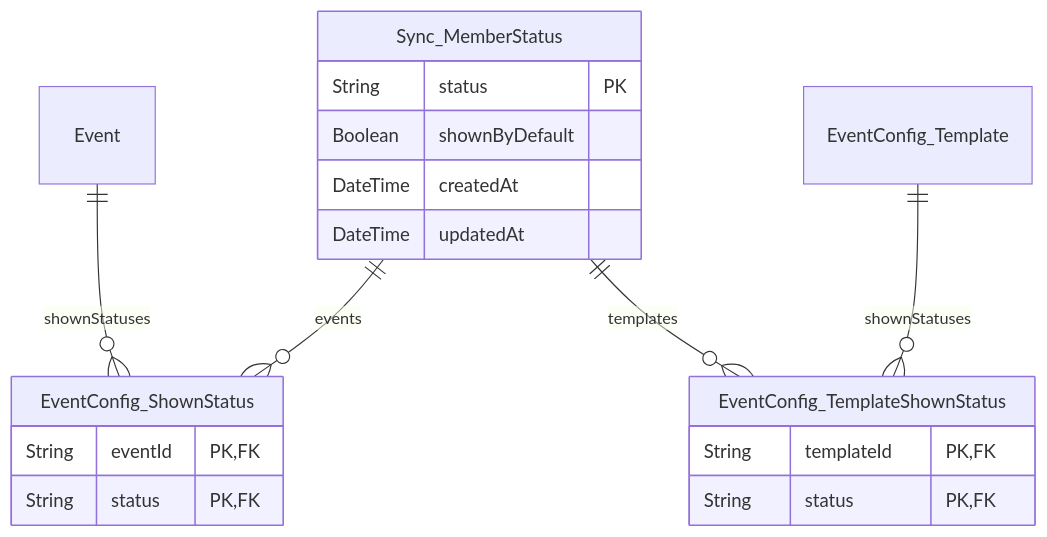
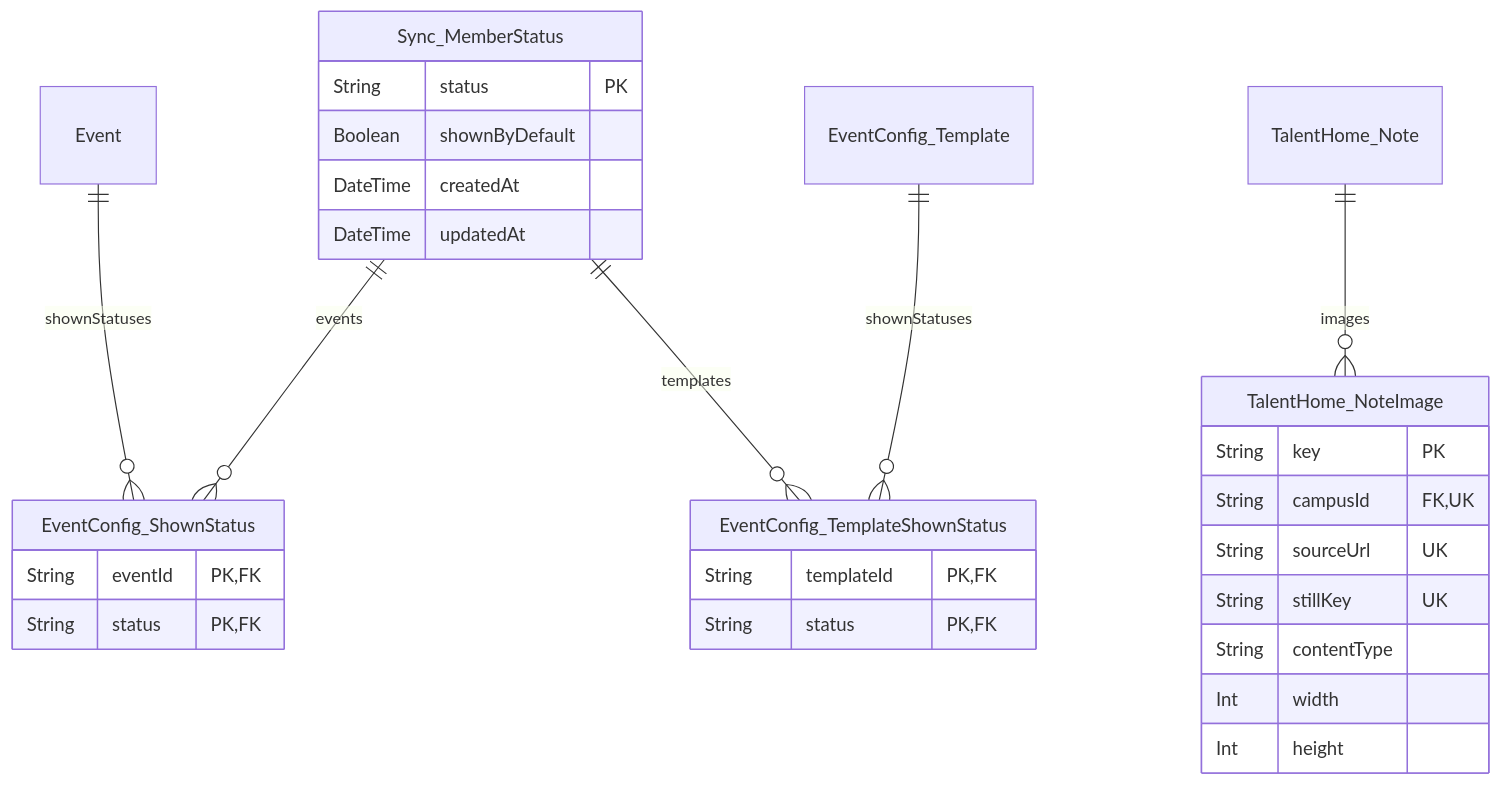
Diagram 13 of 13 in frontend/docs/database.md (Manta-Epitech-Academy/jump), drawn with Mermaid before and after one commit. The commit also changed other lines of this file and 3 other files, not shown here.

````diff
--- a/frontend/docs/database.md
+++ b/frontend/docs/database.md
@@ -1110,25 +1113,37 @@
 ```mermaid
 erDiagram
+  TalentHome_NoteImage {
+    String key PK
+    String campusId FK,UK
+    String sourceUrl UK
+    String stillKey UK
+    String contentType
+    Int width
+    Int height
+  }
   EventConfig_ShownStatus {
     String eventId PK,FK
     String status PK,FK
   }
   EventConfig_TemplateShownStatus {
     String templateId PK,FK
     String status PK,FK
   }
   Sync_MemberStatus {
     String status PK
     Boolean shownByDefault
     DateTime createdAt
     DateTime updatedAt
   }
+  TalentHome_Note {
+  }
   Event {
   }
   EventConfig_Template {
   }
+  TalentHome_Note ||--o{ TalentHome_NoteImage : "images"
   Event ||--o{ EventConfig_ShownStatus : "shownStatuses"
   Sync_MemberStatus ||--o{ EventConfig_ShownStatus : "events"
   EventConfig_Template ||--o{ EventConfig_TemplateShownStatus : "shownStatuses"
   Sync_MemberStatus ||--o{ EventConfig_TemplateShownStatus : "templates"
 ```
````
